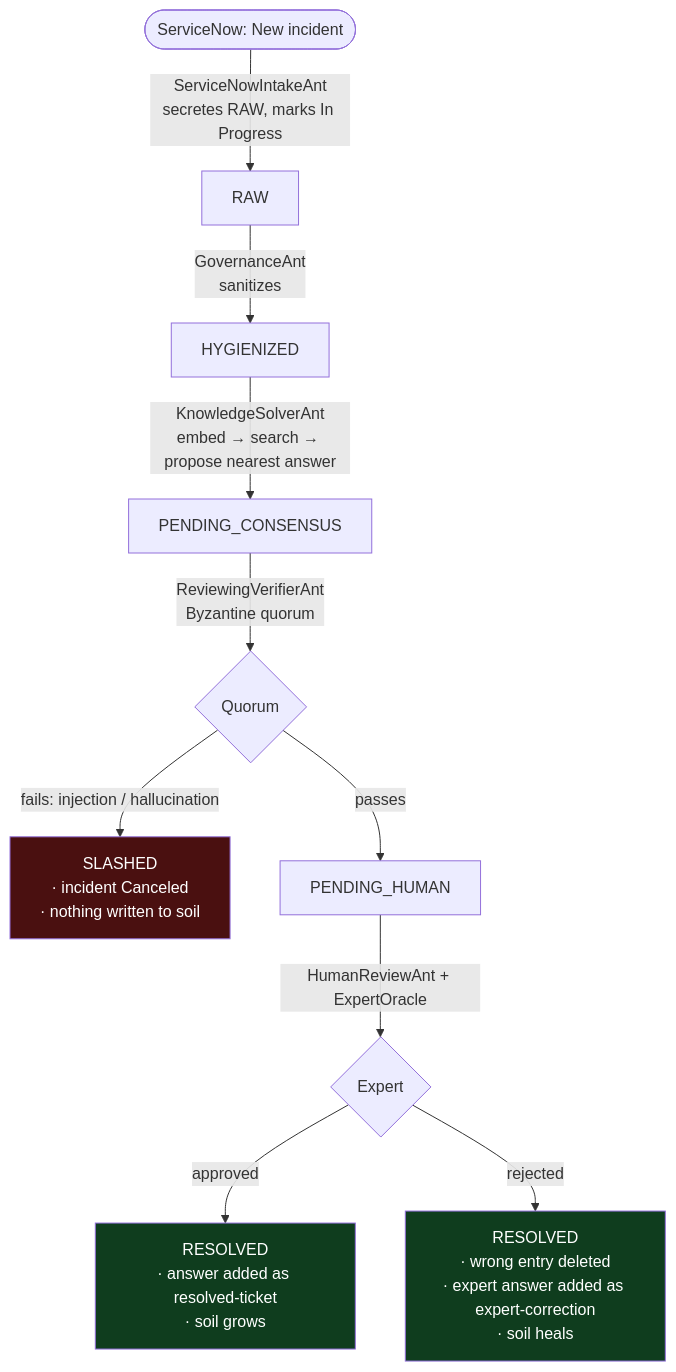
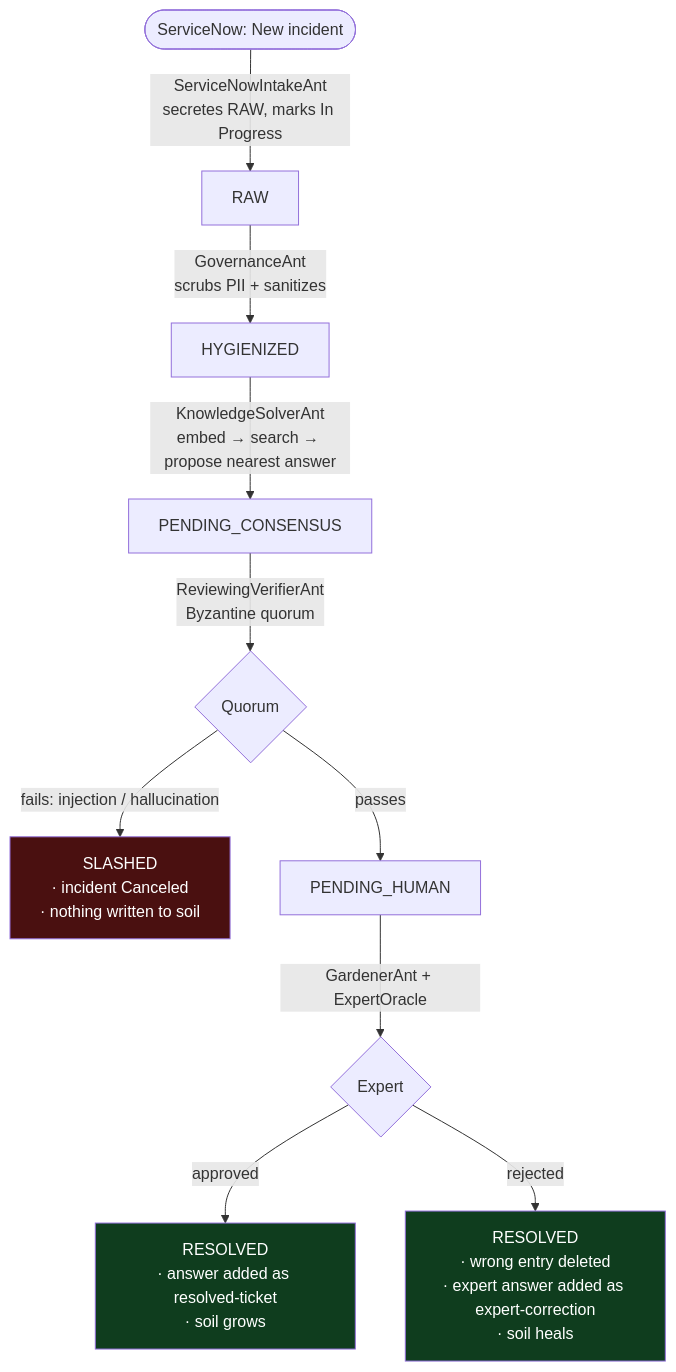
The diagram in demos/servicenow_hr/README.md (emmanuelesperanca/stigmergic), drawn with Mermaid before and after one commit. The commit also changed other lines of this file and 5 other files, not shown here.

Commit message:
Enhance GovernanceAnt to scrub PII and update related documentation and tests

````diff
--- a/demos/servicenow_hr/README.md
+++ b/demos/servicenow_hr/README.md
@@ -53,16 +56,16 @@
 ```mermaid
 flowchart TD
     NEW([ServiceNow: New incident]) -->|ServiceNowIntakeAnt<br/>secretes RAW, marks In Progress| RAW[RAW]
-    RAW -->|GovernanceAnt<br/>sanitizes| HYG[HYGIENIZED]
+    RAW -->|GovernanceAnt<br/>scrubs PII + sanitizes| HYG[HYGIENIZED]
     HYG -->|KnowledgeSolverAnt<br/>embed → search → propose nearest answer| PC[PENDING_CONSENSUS]
     PC -->|ReviewingVerifierAnt<br/>Byzantine quorum| Q{Quorum}
     Q -->|fails: injection / hallucination| SLASH[SLASHED<br/>· incident Canceled<br/>· nothing written to soil]
     Q -->|passes| PH[PENDING_HUMAN]
-    PH -->|HumanReviewAnt + ExpertOracle| D{Expert}
+    PH -->|GardenerAnt + ExpertOracle| D{Expert}
     D -->|approved| LEARN[RESOLVED<br/>· answer added as resolved-ticket<br/>· soil grows]
     D -->|rejected| HEAL[RESOLVED<br/>· wrong entry deleted<br/>· expert answer added as expert-correction<br/>· soil heals]
 
     style SLASH fill:#4a1010,color:#fff
     style LEARN fill:#0f3d1e,color:#fff
     style HEAL fill:#0f3d1e,color:#fff
 ```
````
